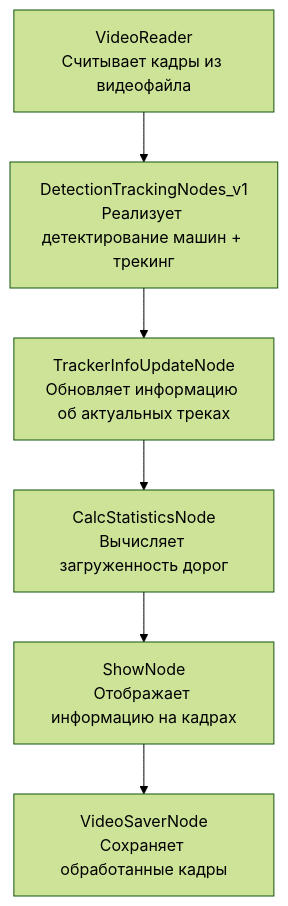
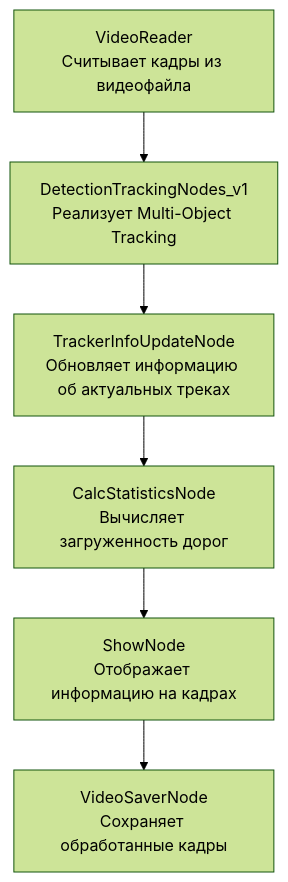
One commit to Aleksandr62aa/Computer_Vision changed the diagram in README.md. Above: the diagram before and after it, drawn with Mermaid (forest theme).

````diff
--- a/README.md
+++ b/README.md
@@ -51,8 +51,8 @@
 ```mermaid
 graph TD;
-    A["VideoReader<br>Считывает кадры из видеофайла"] --> B["DetectionTrackingNodes_v1<br>Реализует детектирование машин + трекинг"];
+    A["VideoReader<br>Считывает кадры из видеофайла"] --> B["DetectionTrackingNodes_v1<br>Реализует Multi-Object Tracking"];
     B --> C["TrackerInfoUpdateNode<br>Обновляет информацию об актуальных треках"];
     C --> D["CalcStatisticsNode<br>Вычисляет загруженность дорог"];     
     D --> F["ShowNode<br>Отображает информацию на кадрах"];
     F --> H["VideoSaverNode<br>Сохраняет обработанные кадры"]; 
 ```
````
